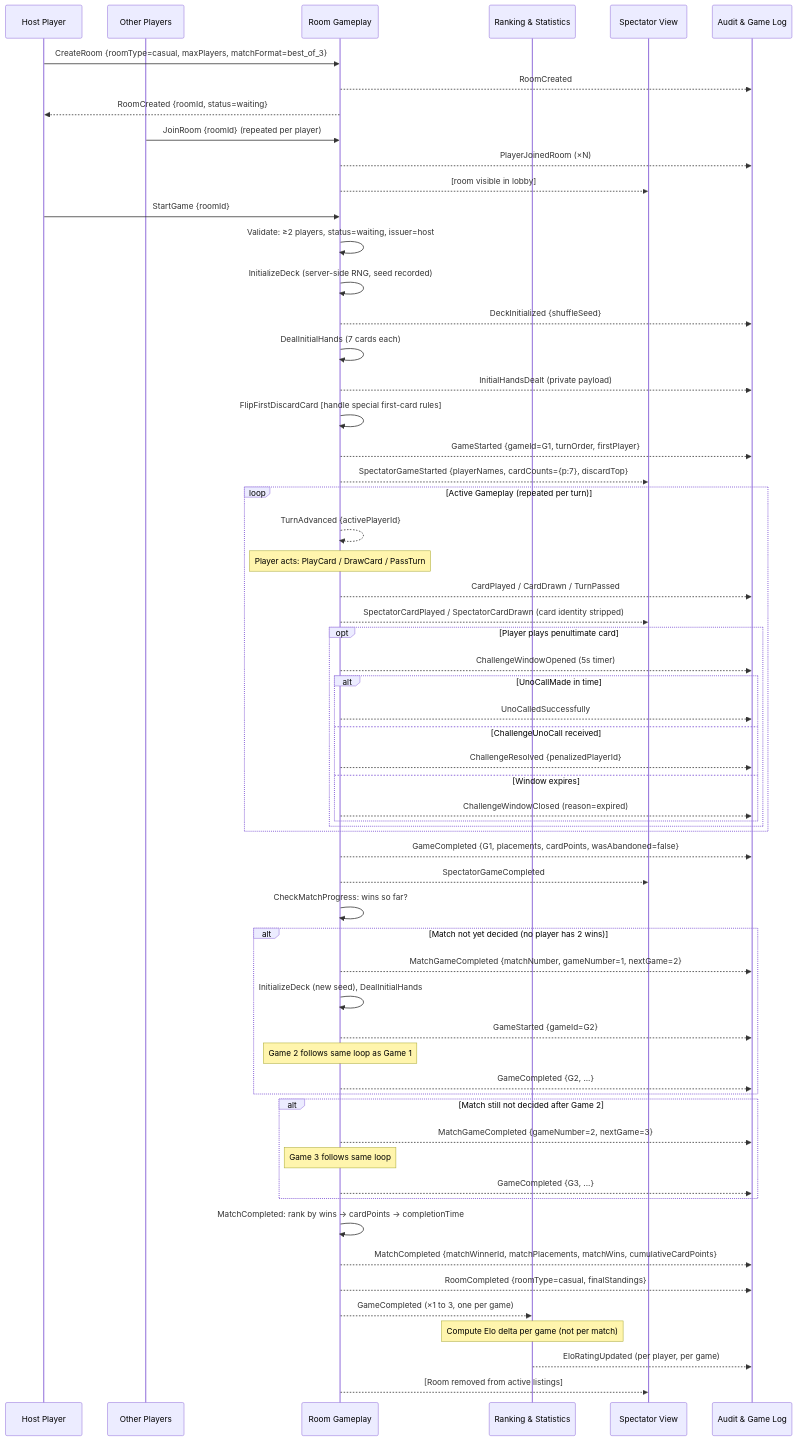
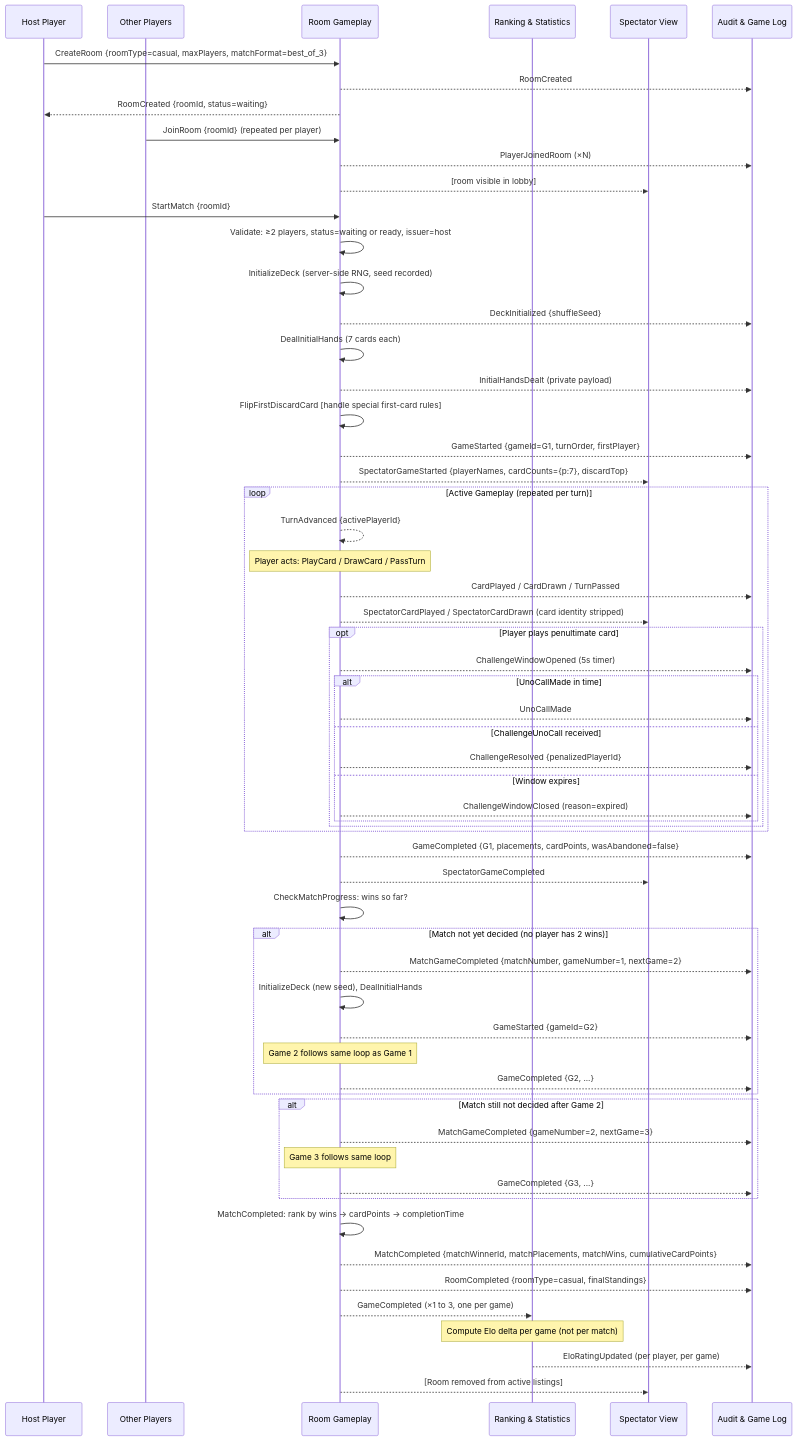
The diagram in spec/diagrams/room-creation-to-completion.md (berni-245/UnoArena), drawn with Mermaid before and after one commit. The commit also changed 16 other files, not shown here.

Commit message:
fix: reviewed and implemented the docs and diagrams files

````diff
--- a/spec/diagrams/room-creation-to-completion.md
+++ b/spec/diagrams/room-creation-to-completion.md
@@ -5,80 +5,80 @@
 ```mermaid
 sequenceDiagram
     participant Host as Host Player
     participant P2 as Other Players
     participant RG as Room Gameplay
     participant RK as Ranking & Statistics
     participant SV as Spectator View
     participant AL as Audit & Game Log
 
     %% === ROOM SETUP ===
     Host->>RG: CreateRoom {roomType=casual, maxPlayers, matchFormat=best_of_3}
     RG-->>AL: RoomCreated
     RG-->>Host: RoomCreated {roomId, status=waiting}
 
     P2->>RG: JoinRoom {roomId} (repeated per player)
     RG-->>AL: PlayerJoinedRoom (×N)
     RG-->>SV: [room visible in lobby]
 
-    Host->>RG: StartGame {roomId}
-    RG->>RG: Validate: ≥2 players, status=waiting, issuer=host
+    Host->>RG: StartMatch {roomId}
+    RG->>RG: Validate: ≥2 players, status=waiting or ready, issuer=host
 
     %% === GAME 1 ===
     RG->>RG: InitializeDeck (server-side RNG, seed recorded)
     RG-->>AL: DeckInitialized {shuffleSeed}
     RG->>RG: DealInitialHands (7 cards each)
     RG-->>AL: InitialHandsDealt (private payload)
     RG->>RG: FlipFirstDiscardCard [handle special first-card rules]
     RG-->>AL: GameStarted {gameId=G1, turnOrder, firstPlayer}
     RG-->>SV: SpectatorGameStarted {playerNames, cardCounts={p:7}, discardTop}
 
     loop Active Gameplay (repeated per turn)
         RG-->>RG: TurnAdvanced {activePlayerId}
         Note over RG: Player acts: PlayCard / DrawCard / PassTurn
         RG-->>AL: CardPlayed / CardDrawn / TurnPassed
         RG-->>SV: SpectatorCardPlayed / SpectatorCardDrawn (card identity stripped)
         opt Player plays penultimate card
             RG-->>AL: ChallengeWindowOpened (5s timer)
             alt UnoCallMade in time
-                RG-->>AL: UnoCalledSuccessfully
+                RG-->>AL: UnoCallMade
             else ChallengeUnoCall received
                 RG-->>AL: ChallengeResolved {penalizedPlayerId}
             else Window expires
                 RG-->>AL: ChallengeWindowClosed (reason=expired)
             end
         end
     end
 
     RG-->>AL: GameCompleted {G1, placements, cardPoints, wasAbandoned=false}
     RG-->>SV: SpectatorGameCompleted
 
     RG->>RG: CheckMatchProgress: wins so far?
 
     %% === GAME 2 (if needed) ===
     alt Match not yet decided (no player has 2 wins)
         RG-->>AL: MatchGameCompleted {matchNumber, gameNumber=1, nextGame=2}
         RG->>RG: InitializeDeck (new seed), DealInitialHands
         RG-->>AL: GameStarted {gameId=G2}
         Note over RG: Game 2 follows same loop as Game 1
         RG-->>AL: GameCompleted {G2, ...}
     end
 
     %% === GAME 3 (if needed) ===
     alt Match still not decided after Game 2
         RG-->>AL: MatchGameCompleted {gameNumber=2, nextGame=3}
         Note over RG: Game 3 follows same loop
         RG-->>AL: GameCompleted {G3, ...}
     end
 
     %% === MATCH & ROOM COMPLETION ===
     RG->>RG: MatchCompleted: rank by wins → cardPoints → completionTime
     RG-->>AL: MatchCompleted {matchWinnerId, matchPlacements, matchWins, cumulativeCardPoints}
     RG-->>AL: RoomCompleted {roomType=casual, finalStandings}
 
     %% === DOWNSTREAM ===
     RG-->>RK: GameCompleted (×1 to 3, one per game)
     Note over RK: Compute Elo delta per game (not per match)
     RK-->>AL: EloRatingUpdated (per player, per game)
 
     RG-->>SV: [Room removed from active listings]
 ```
````
